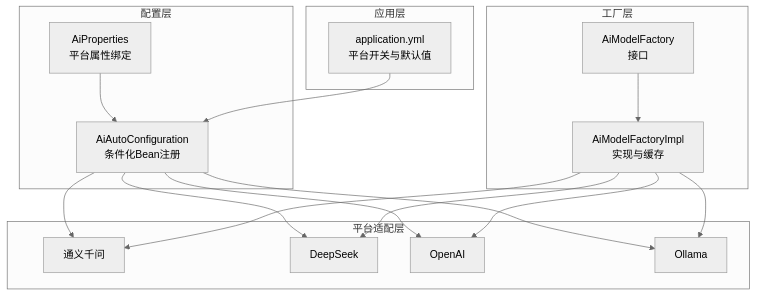
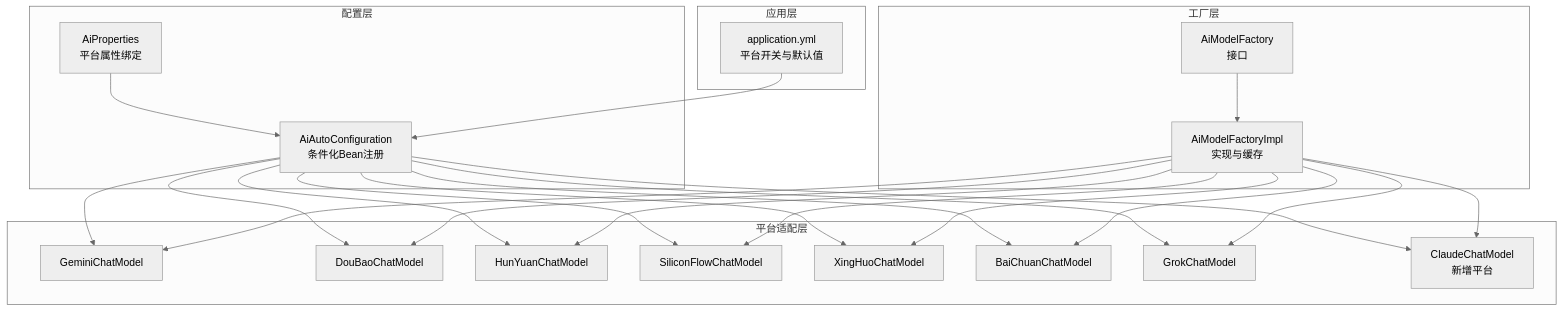
One commit to X555LB/data-ai changed the first of 4 diagrams in .qoder/repowiki/zh/content/AI模型管理/AI平台集成.md. Above: the diagram before and after it, drawn with Mermaid (neutral theme). The commit also changed other lines of this file and 9 other files, not shown here.

````diff
--- a/.qoder/repowiki/zh/content/AI模型管理/AI平台集成.md
+++ b/.qoder/repowiki/zh/content/AI模型管理/AI平台集成.md
@@ -40,31 +54,43 @@
 ```mermaid
 graph TB
 subgraph "配置层"
 AP["AiProperties<br/>平台属性绑定"]
 AC["AiAutoConfiguration<br/>条件化Bean注册"]
 end
 subgraph "工厂层"
 AF["AiModelFactory<br/>接口"]
 AFImpl["AiModelFactoryImpl<br/>实现与缓存"]
 end
 subgraph "平台适配层"
-TY["通义千问"]
-DS["DeepSeek"]
-OA["OpenAI"]
-OL["Ollama"]
+GEM["GeminiChatModel"]
+DOUB["DouBaoChatModel"]
+HUNY["HunYuanChatModel"]
+SIL["SiliconFlowChatModel"]
+XH["XingHuoChatModel"]
+BC["BaiChuanChatModel"]
+GR["GrokChatModel"]
+CLA["ClaudeChatModel<br/>新增平台"]
 end
 subgraph "应用层"
 APP["application.yml<br/>平台开关与默认值"]
 end
 AP --> AC
-AC --> TY
-AC --> DS
-AC --> OA
-AC --> OL
+AC --> GEM
+AC --> DOUB
+AC --> HUNY
+AC --> SIL
+AC --> XH
+AC --> BC
+AC --> GR
+AC --> CLA
 AF --> AFImpl
-AFImpl --> TY
-AFImpl --> DS
-AFImpl --> OA
-AFImpl --> OL
+AFImpl --> GEM
+AFImpl --> DOUB
+AFImpl --> HUNY
+AFImpl --> SIL
+AFImpl --> XH
+AFImpl --> BC
+AFImpl --> GR
+AFImpl --> CLA
 APP --> AC
 ```
````
